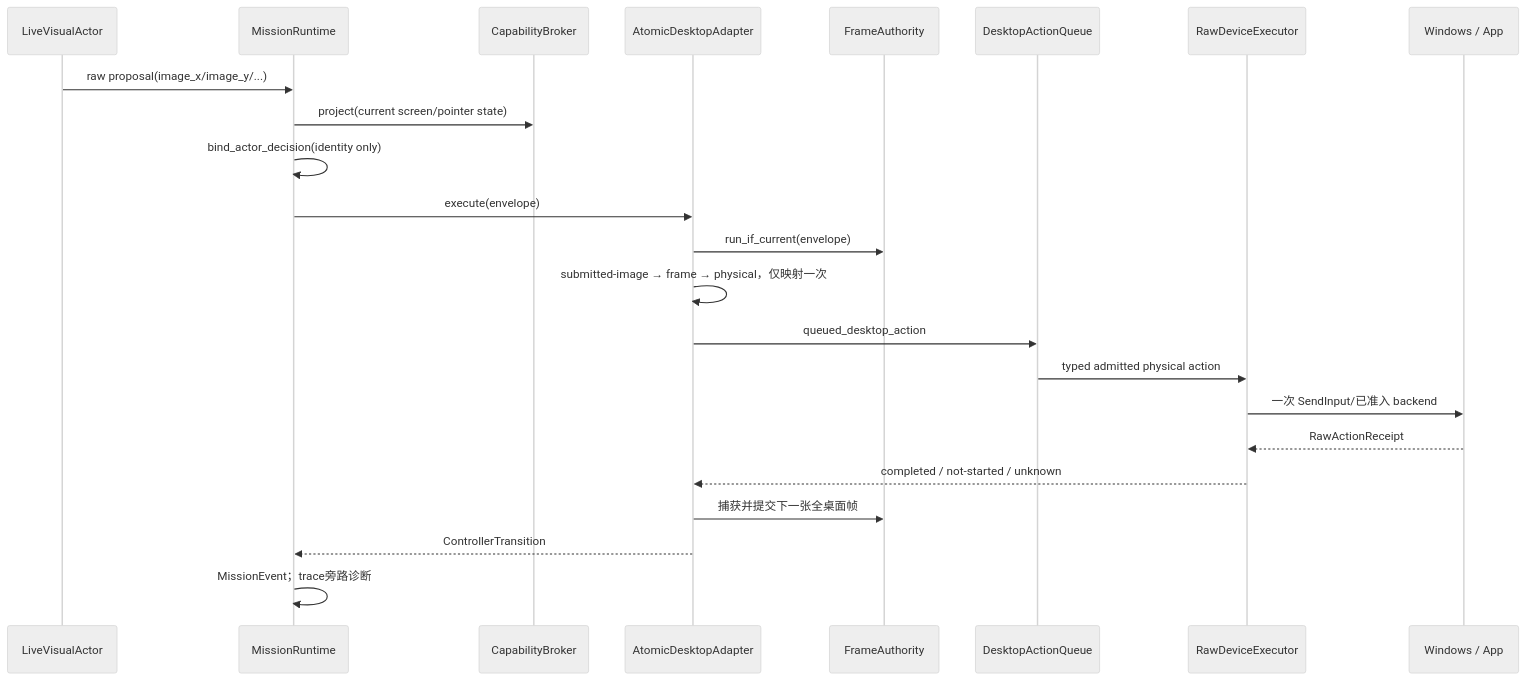
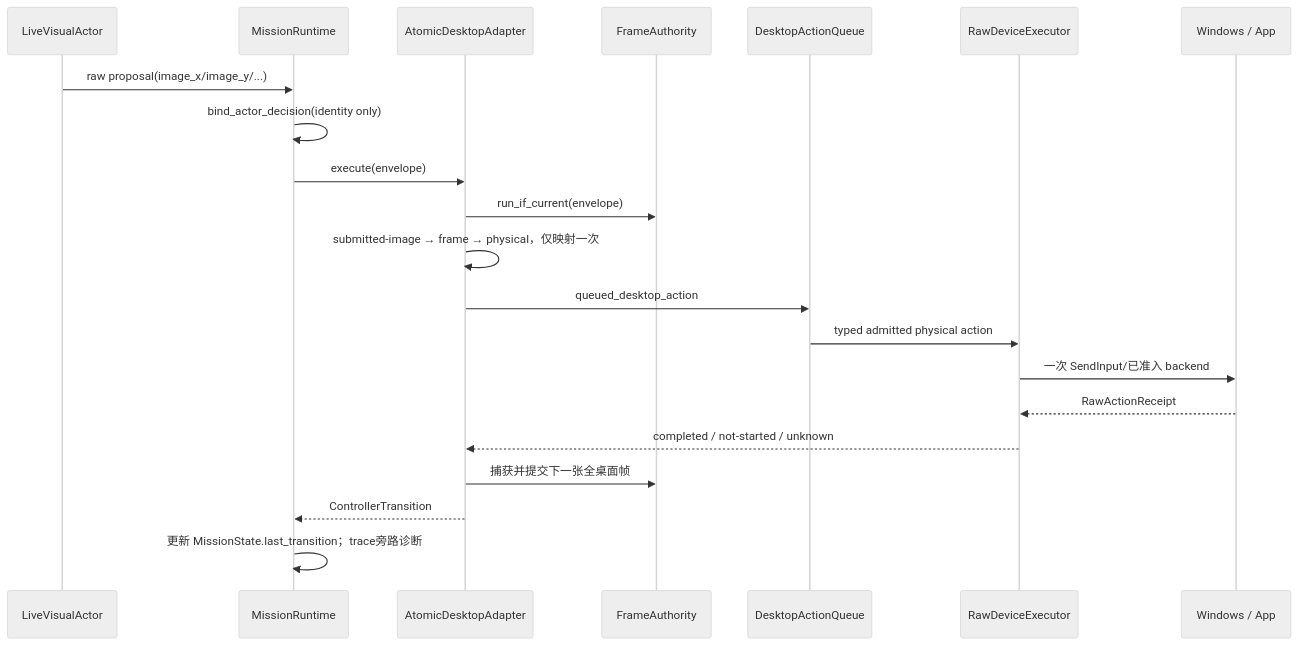
One commit to zoujiapeng/lingdong-script changed the second of 4 diagrams in docs/project-guide/06-file-reference-winpilot-python.md. Above: the diagram before and after it, drawn with Mermaid (neutral theme). The commit also changed other lines of this file and 58 other files, not shown here.

````diff
--- a/docs/project-guide/06-file-reference-winpilot-python.md
+++ b/docs/project-guide/06-file-reference-winpilot-python.md
@@ -74,25 +71,23 @@
 ```mermaid
 sequenceDiagram
     participant M as LiveVisualActor
     participant R as MissionRuntime
-    participant B as CapabilityBroker
     participant A as AtomicDesktopAdapter
     participant F as FrameAuthority
     participant Q as DesktopActionQueue
     participant D as RawDeviceExecutor
     participant O as Windows / App
     M->>R: raw proposal(image_x/image_y/...)
-    R->>B: project(current screen/pointer state)
     R->>R: bind_actor_decision(identity only)
     R->>A: execute(envelope)
     A->>F: run_if_current(envelope)
     A->>A: submitted-image → frame → physical，仅映射一次
     A->>Q: queued_desktop_action
     Q->>D: typed admitted physical action
     D->>O: 一次 SendInput/已准入 backend
     O-->>D: RawActionReceipt
     D-->>A: completed / not-started / unknown
     A->>F: 捕获并提交下一张全桌面帧
     A-->>R: ControllerTransition
-    R->>R: MissionEvent；trace旁路诊断
+    R->>R: 更新 MissionState.last_transition；trace旁路诊断
 ```
````
